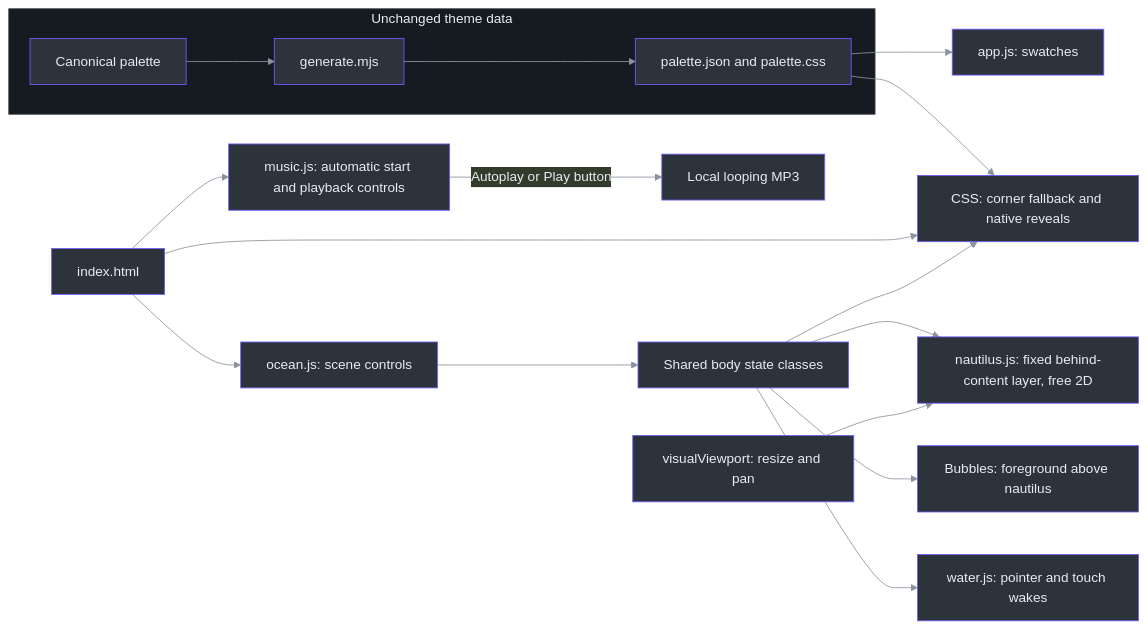
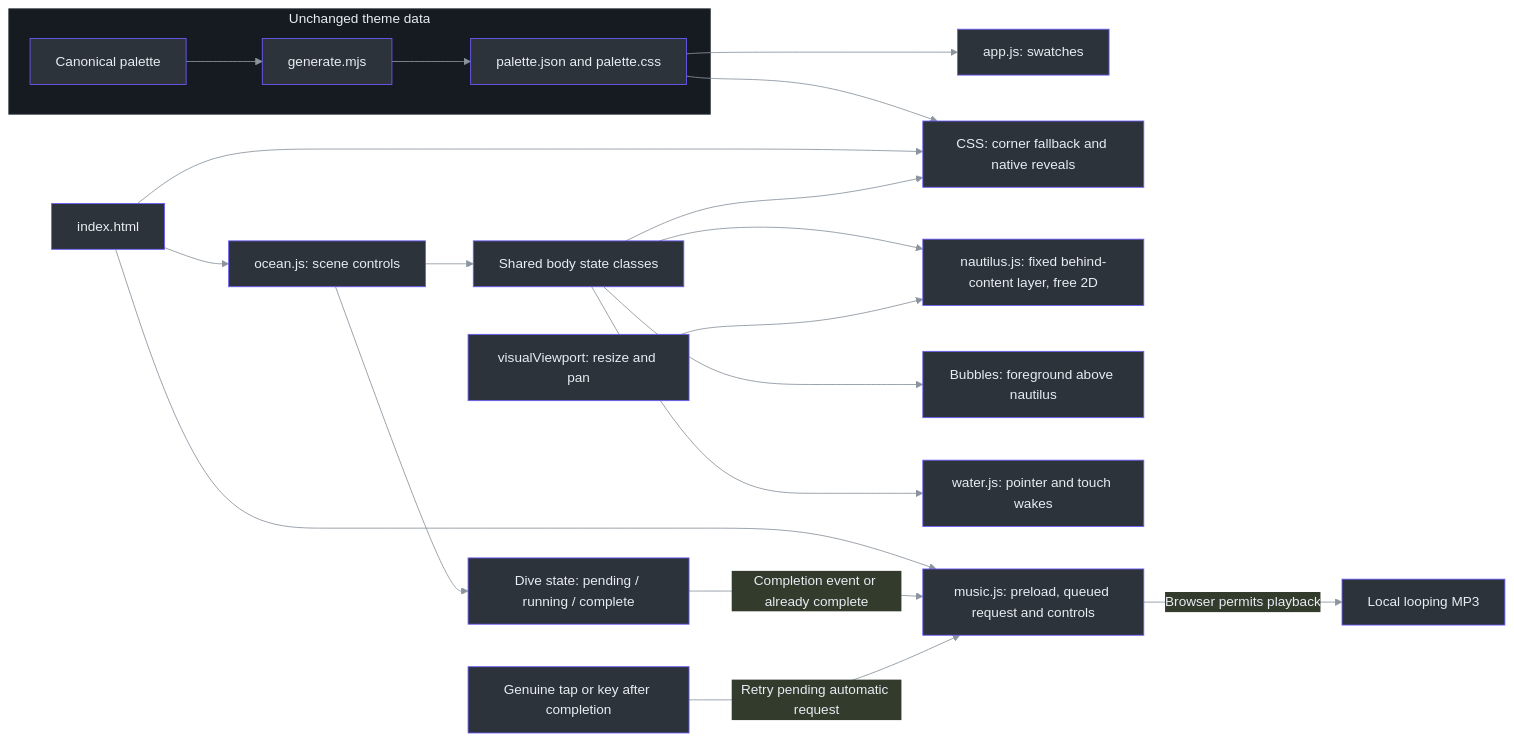
Before and after one commit to Zanark/DeepSeaFoam: the first of 2 diagrams in docs/SHOWCASE.md, drawn with Mermaid. The commit also changed other lines of this file and 34 other files, not shown here.

First line of the commit message:
feat: add Monkeytype theme and dive-triggered music

````diff
--- a/docs/SHOWCASE.md
+++ b/docs/SHOWCASE.md
@@ -25,36 +25,39 @@
 ```mermaid
 ---
 config:
   theme: base
   themeVariables:
     background: "#161b22"
     primaryColor: "#2d333b"
     primaryBorderColor: "#6d5dfc"
     primaryTextColor: "#e6edf3"
     lineColor: "#8b949e"
     clusterBkg: "#161b22"
     clusterBorder: "#30363d"
 ---
 flowchart LR
   accTitle: Showcase architecture and palette boundary
-  accDescr: Generated palette assets feed swatches and CSS. Ocean state coordinates the behind-content nautilus, bubbles and water. Music attempts automatic playback, with a Play button if blocked. CSS and a direct audio link provide no-JavaScript fallbacks.
+  accDescr: Generated palette assets feed swatches and CSS. Ocean state coordinates scenery and signals dive completion. Music preloads during the intro, starts after completion if allowed, and retries a blocked automatic request on genuine interaction. CSS and a direct audio link provide no-JavaScript fallbacks.
   subgraph Data["Unchanged theme data"]
     P["Canonical palette"] --> G["generate.mjs"]
     G --> A["palette.json and palette.css"]
   end
   A --> S["app.js: swatches"]
   A --> C["CSS: corner fallback and native reveals"]
   H["index.html"] --> C
   H --> O["ocean.js: scene controls"]
   O --> B["Shared body state classes"]
   B --> C
   B --> N["nautilus.js: fixed behind-content layer, free 2D"]
   V["visualViewport: resize and pan"] --> N
   B --> K["Bubbles: foreground above nautilus"]
   B --> W["water.js: pointer and touch wakes"]
-  H --> M["music.js: automatic start and playback controls"]
-  M -->|Autoplay or Play button| T["Local looping MP3"]
+  H --> M["music.js: preload, queued request and controls"]
+  O --> D["Dive state: pending / running / complete"]
+  D -->|Completion event or already complete| M
+  I["Genuine tap or key after completion"] -->|Retry pending automatic request| M
+  M -->|Browser permits playback| T["Local looping MP3"]
   classDef default fill:#2d333b,stroke:#6d5dfc,color:#e6edf3
   style Data fill:#161b22,stroke:#30363d,color:#e6edf3
   linkStyle default stroke:#8b949e
 ```
````
